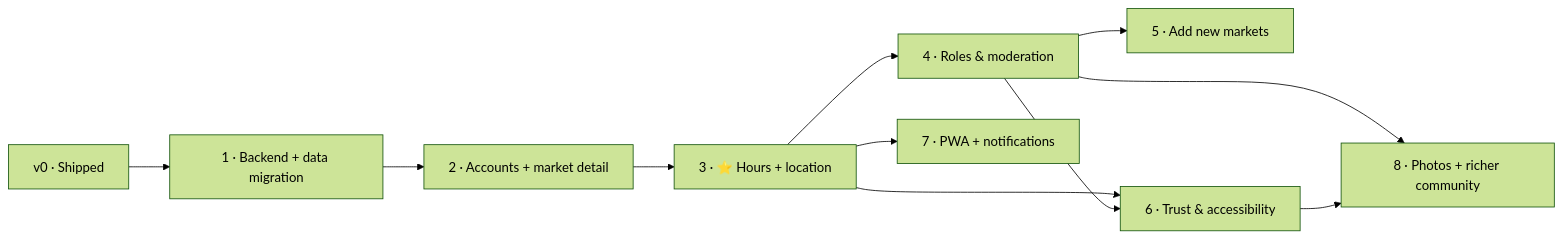
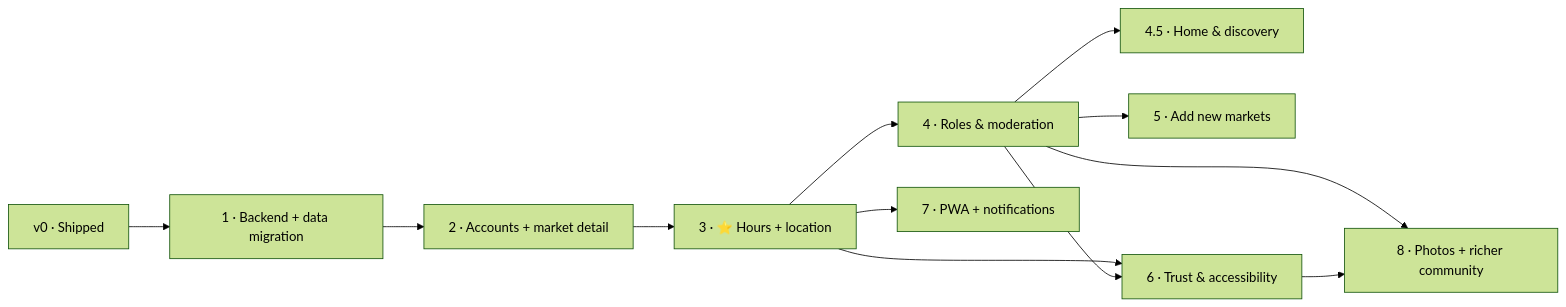
One commit to jimacampos/laferiacr changed the diagram in docs/product/roadmap.md. Above: the diagram before and after it, drawn with Mermaid (forest theme). The commit also changed other lines of this file and 2 other files, not shown here.

First line of the commit message:
docs: plan Phase 4.5 — name-first home & discovery

````diff
--- a/docs/product/roadmap.md
+++ b/docs/product/roadmap.md
@@ -9,13 +9,14 @@
 ```mermaid
 flowchart LR
   P0[v0 · Shipped] --> P1[1 · Backend + data migration]
   P1 --> P2[2 · Accounts + market detail]
   P2 --> P3[3 · ⭐ Hours + location]
   P3 --> P4[4 · Roles & moderation]
+  P4 --> P45[4.5 · Home & discovery]
   P4 --> P5[5 · Add new markets]
   P3 --> P6[6 · Trust & accessibility]
   P4 --> P6
   P3 --> P7[7 · PWA + notifications]
   P4 --> P8[8 · Photos + richer community]
   P6 --> P8
 ```
````
